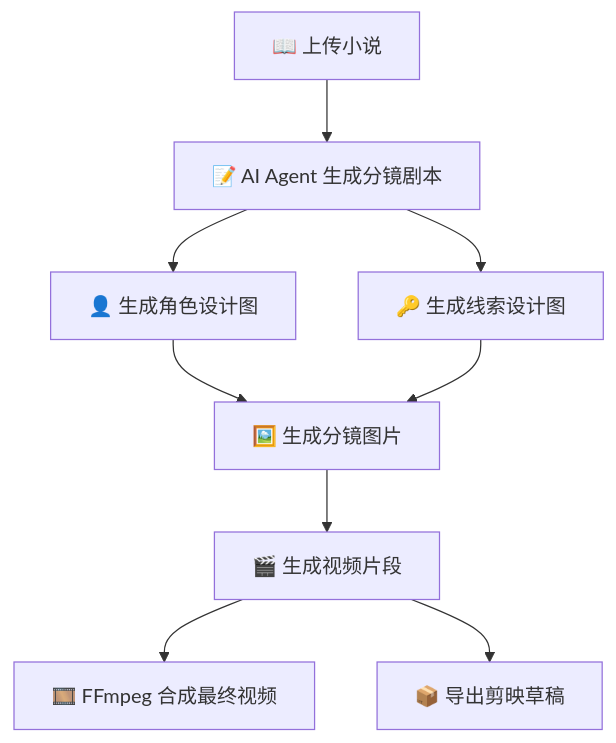
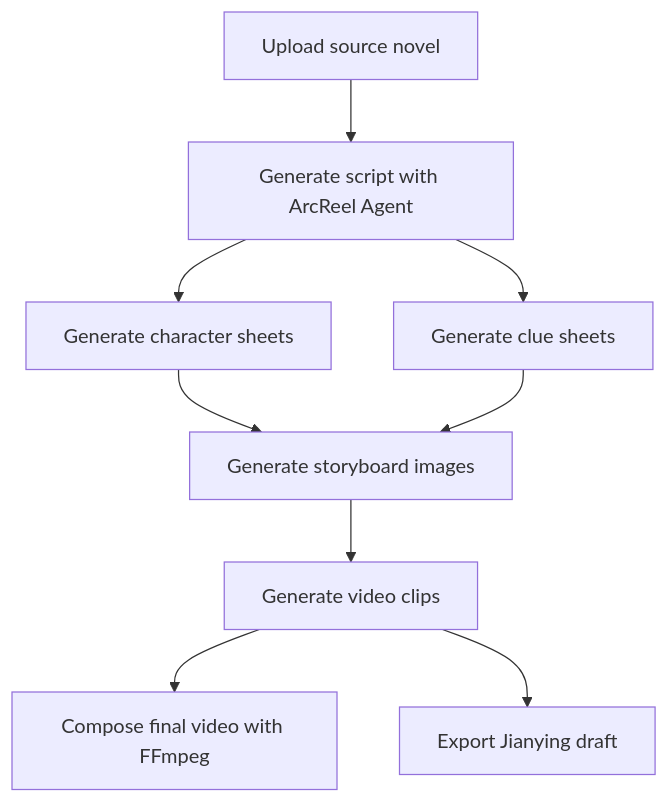
The first of 2 diagrams in README.md (dragon1309/ArcReelEn), drawn with Mermaid before and after one commit. The commit also changed other lines of this file and 21 other files, not shown here.

````diff
--- a/README.md
+++ b/README.md
@@ -70,11 +55,11 @@
 ```mermaid
 graph TD
-    A["📖 上传小说"] --> B["📝 AI Agent 生成分镜剧本"]
-    B --> C["👤 生成角色设计图"]
-    B --> D["🔑 生成线索设计图"]
-    C --> E["🖼️ 生成分镜图片"]
+    A[Upload source novel] --> B[Generate script with ArcReel Agent]
+    B --> C[Generate character sheets]
+    B --> D[Generate clue sheets]
+    C --> E[Generate storyboard images]
     D --> E
-    E --> F["🎬 生成视频片段"]
-    F --> G["🎞️ FFmpeg 合成最终视频"]
-    F --> H["📦 导出剪映草稿"]
+    E --> F[Generate video clips]
+    F --> G[Compose final video with FFmpeg]
+    F --> H[Export Jianying draft]
 ```
````
